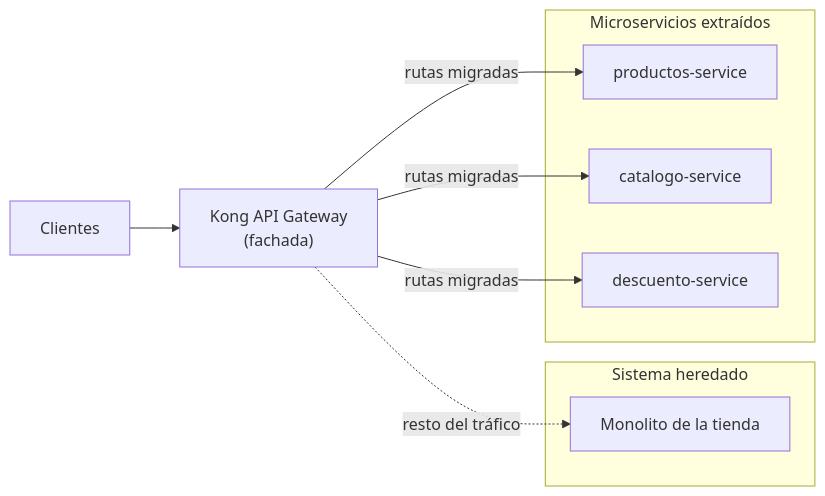
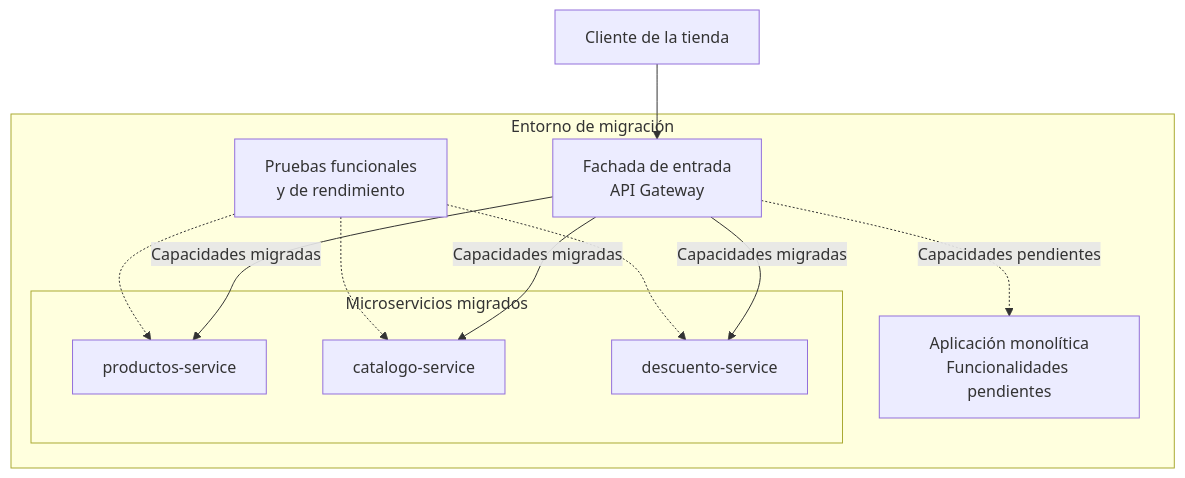
Before and after one commit to bootcamp-att/aplicativos: the diagram in README.md, drawn with Mermaid. The commit also changed other lines of this file, not shown here.

````diff
--- a/README.md
+++ b/README.md
@@ -28,21 +129,29 @@
 ```mermaid
-flowchart LR
-    client["Clientes"]
-    kong["Kong API Gateway<br/>(fachada)"]
+flowchart TD
+    CLIENTE["Cliente de la tienda"]
 
-    subgraph legacy["Sistema heredado"]
-        mono["Monolito de la tienda"]
+    subgraph MIGRACION["Entorno de migración"]
+        GATEWAY["Fachada de entrada<br/>API Gateway"]
+        LEGACY["Aplicación monolítica<br/>Funcionalidades pendientes"]
+        
+        subgraph SERVICIOS["Microservicios migrados"]
+            PRODUCTOS["productos-service"]
+            CATALOGO["catalogo-service"]
+            DESCUENTOS["descuento-service"]
+        end
+
+        PRUEBAS["Pruebas funcionales<br/>y de rendimiento"]
     end
 
-    subgraph nuevos["Microservicios extraídos"]
-        prod["productos-service"]
-        cat["catalogo-service"]
-        desc["descuento-service"]
-    end
+    CLIENTE --> GATEWAY
 
-    client --> kong
-    kong -- "rutas migradas" --> prod
-    kong -- "rutas migradas" --> cat
-    kong -- "rutas migradas" --> desc
-    kong -. "resto del tráfico" .-> mono
+    GATEWAY -->|"Capacidades migradas"| PRODUCTOS
+    GATEWAY -->|"Capacidades migradas"| CATALOGO
+    GATEWAY -->|"Capacidades migradas"| DESCUENTOS
+
+    GATEWAY -.->|"Capacidades pendientes"| LEGACY
+
+    PRUEBAS -.-> PRODUCTOS
+    PRUEBAS -.-> CATALOGO
+    PRUEBAS -.-> DESCUENTOS
 ```
````
